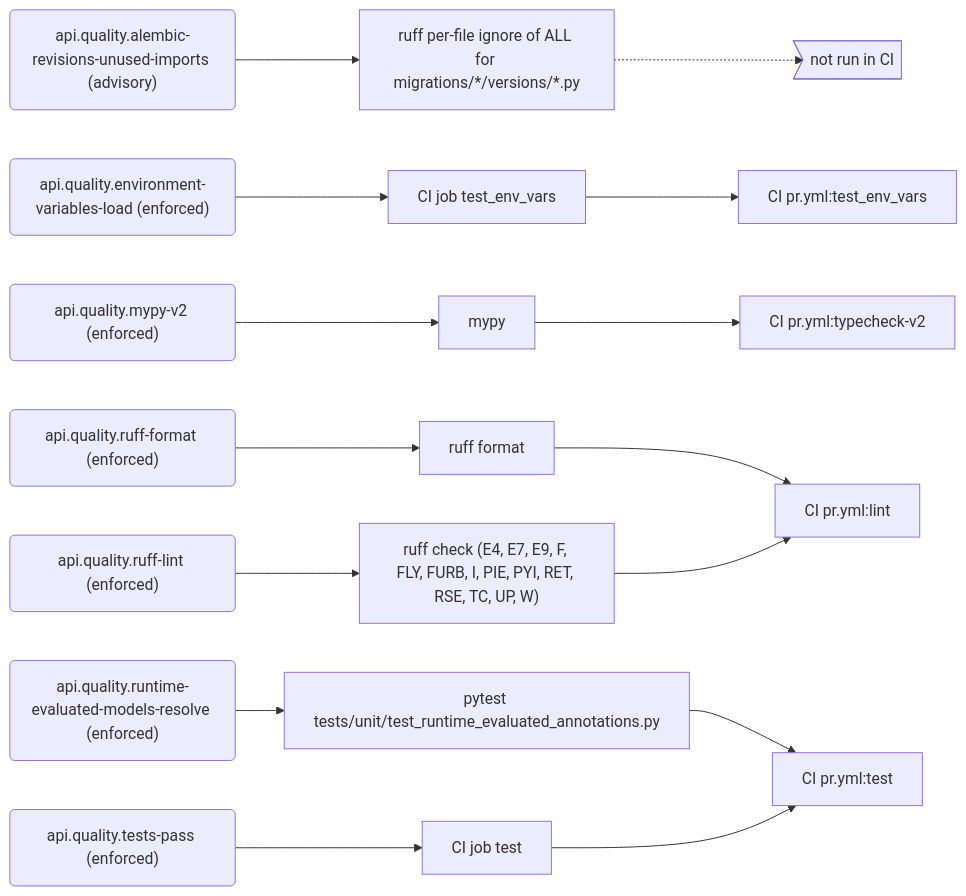
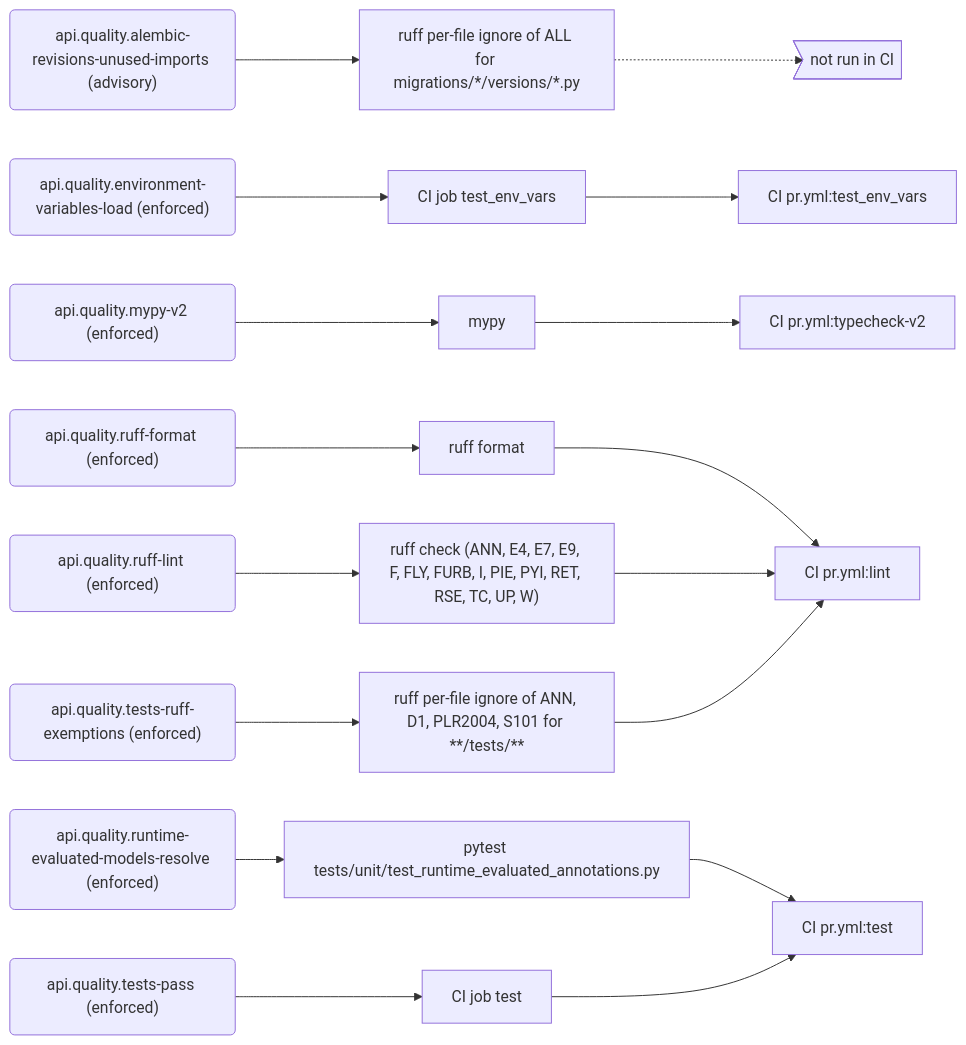
Before and after one commit to PolicyEngine/policyengine-api: the sixth of 9 diagrams in docs/generated/rules.md, drawn with Mermaid. The commit also changed other lines of this file and 3 other files, not shown here.

First line of the commit message:
Register ANN and the test-file ruff exemptions

````diff
--- a/docs/generated/rules.md
+++ b/docs/generated/rules.md
@@ -279,36 +280,40 @@
 ```mermaid
 flowchart LR
   r_api_quality_alembic_revisions_unused_imports("api.quality.alembic-revisions-unused-imports (advisory)")
   e_ruff_per_file_ignore_of_ALL_for_migrations___versions___py["ruff per-file ignore of ALL for migrations/*/versions/*.py"]
   local_only>"not run in CI"]
   r_api_quality_environment_variables_load("api.quality.environment-variables-load (enforced)")
   e_CI_job_test_env_vars["CI job test_env_vars"]
   j_CI_pr_yml_test_env_vars["CI pr.yml:test_env_vars"]
   r_api_quality_mypy_v2("api.quality.mypy-v2 (enforced)")
   e_mypy["mypy"]
   j_CI_pr_yml_typecheck_v2["CI pr.yml:typecheck-v2"]
   r_api_quality_ruff_format("api.quality.ruff-format (enforced)")
   e_ruff_format["ruff format"]
   j_CI_pr_yml_lint["CI pr.yml:lint"]
   r_api_quality_ruff_lint("api.quality.ruff-lint (enforced)")
-  e_ruff_check__E4__E7__E9__F__FLY__FURB__I__PIE__PYI__RET__RSE__TC__UP__W_["ruff check (E4, E7, E9, F, FLY, FURB, I, PIE, PYI, RET, RSE, TC, UP, W)"]
+  e_ruff_check__ANN__E4__E7__E9__F__FLY__FURB__I__PIE__PYI__RET__RSE__TC__UP__W_["ruff check (ANN, E4, E7, E9, F, FLY, FURB, I, PIE, PYI, RET, RSE, TC, UP, W)"]
   r_api_quality_runtime_evaluated_models_resolve("api.quality.runtime-evaluated-models-resolve (enforced)")
   e_pytest_tests_unit_test_runtime_evaluated_annotations_py["pytest tests/unit/test_runtime_evaluated_annotations.py"]
   j_CI_pr_yml_test["CI pr.yml:test"]
   r_api_quality_tests_pass("api.quality.tests-pass (enforced)")
   e_CI_job_test["CI job test"]
+  r_api_quality_tests_ruff_exemptions("api.quality.tests-ruff-exemptions (enforced)")
+  e_ruff_per_file_ignore_of_ANN__D1__PLR2004__S101_for____tests___["ruff per-file ignore of ANN, D1, PLR2004, S101 for **/tests/**"]
   r_api_quality_alembic_revisions_unused_imports --> e_ruff_per_file_ignore_of_ALL_for_migrations___versions___py
   e_ruff_per_file_ignore_of_ALL_for_migrations___versions___py -.-> local_only
   r_api_quality_environment_variables_load --> e_CI_job_test_env_vars
   e_CI_job_test_env_vars --> j_CI_pr_yml_test_env_vars
   r_api_quality_mypy_v2 --> e_mypy
   e_mypy --> j_CI_pr_yml_typecheck_v2
   r_api_quality_ruff_format --> e_ruff_format
   e_ruff_format --> j_CI_pr_yml_lint
-  r_api_quality_ruff_lint --> e_ruff_check__E4__E7__E9__F__FLY__FURB__I__PIE__PYI__RET__RSE__TC__UP__W_
-  e_ruff_check__E4__E7__E9__F__FLY__FURB__I__PIE__PYI__RET__RSE__TC__UP__W_ --> j_CI_pr_yml_lint
+  r_api_quality_ruff_lint --> e_ruff_check__ANN__E4__E7__E9__F__FLY__FURB__I__PIE__PYI__RET__RSE__TC__UP__W_
+  e_ruff_check__ANN__E4__E7__E9__F__FLY__FURB__I__PIE__PYI__RET__RSE__TC__UP__W_ --> j_CI_pr_yml_lint
   r_api_quality_runtime_evaluated_models_resolve --> e_pytest_tests_unit_test_runtime_evaluated_annotations_py
   e_pytest_tests_unit_test_runtime_evaluated_annotations_py --> j_CI_pr_yml_test
   r_api_quality_tests_pass --> e_CI_job_test
   e_CI_job_test --> j_CI_pr_yml_test
+  r_api_quality_tests_ruff_exemptions --> e_ruff_per_file_ignore_of_ANN__D1__PLR2004__S101_for____tests___
+  e_ruff_per_file_ignore_of_ANN__D1__PLR2004__S101_for____tests___ --> j_CI_pr_yml_lint
 ```
````
